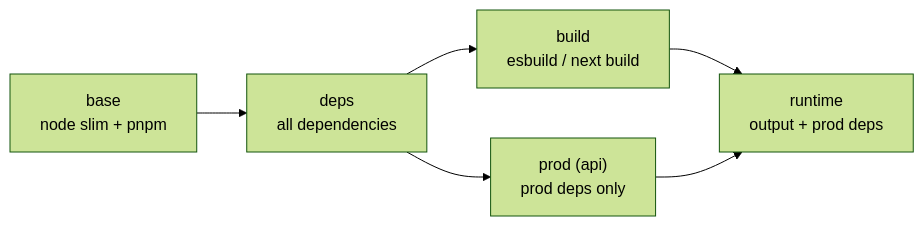
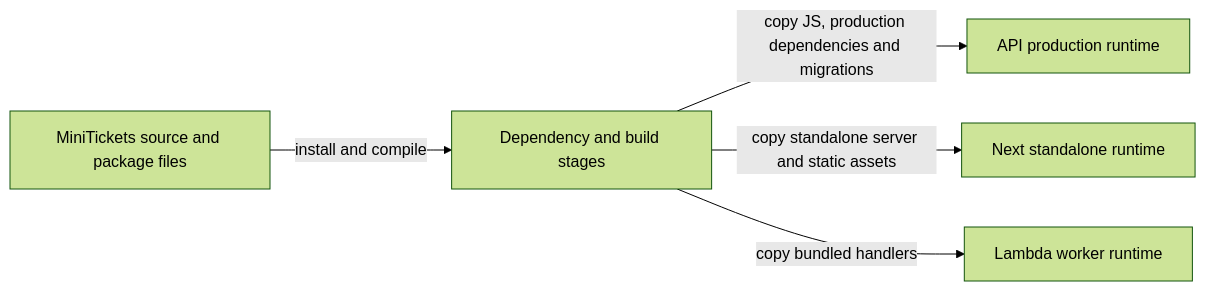
One commit to maheshnd/minitickets changed the diagram in docs/handbook/concepts/docker-multi-stage.md. Above: the diagram before and after it, drawn with Mermaid (forest theme). The commit also changed other lines of this file and 119 other files, not shown here.

````diff
--- a/docs/handbook/concepts/docker-multi-stage.md
+++ b/docs/handbook/concepts/docker-multi-stage.md
@@ -19,8 +18,7 @@
 ```mermaid
 flowchart LR
-    base["base<br/>node slim + pnpm"] --> deps["deps<br/>all dependencies"]
-    deps --> build["build<br/>esbuild / next build"]
-    deps --> prod["prod (api)<br/>prod deps only"]
-    build --> runtime["runtime<br/>output + prod deps"]
-    prod --> runtime
+    source["MiniTickets source and package files"] -->|"install and compile"| build["Dependency and build stages"]
+    build -->|"copy JS, production dependencies and migrations"| api["API production runtime"]
+    build -->|"copy standalone server and static assets"| web["Next standalone runtime"]
+    build -->|"copy bundled handlers"| worker["Lambda worker runtime"]
 ```
````
